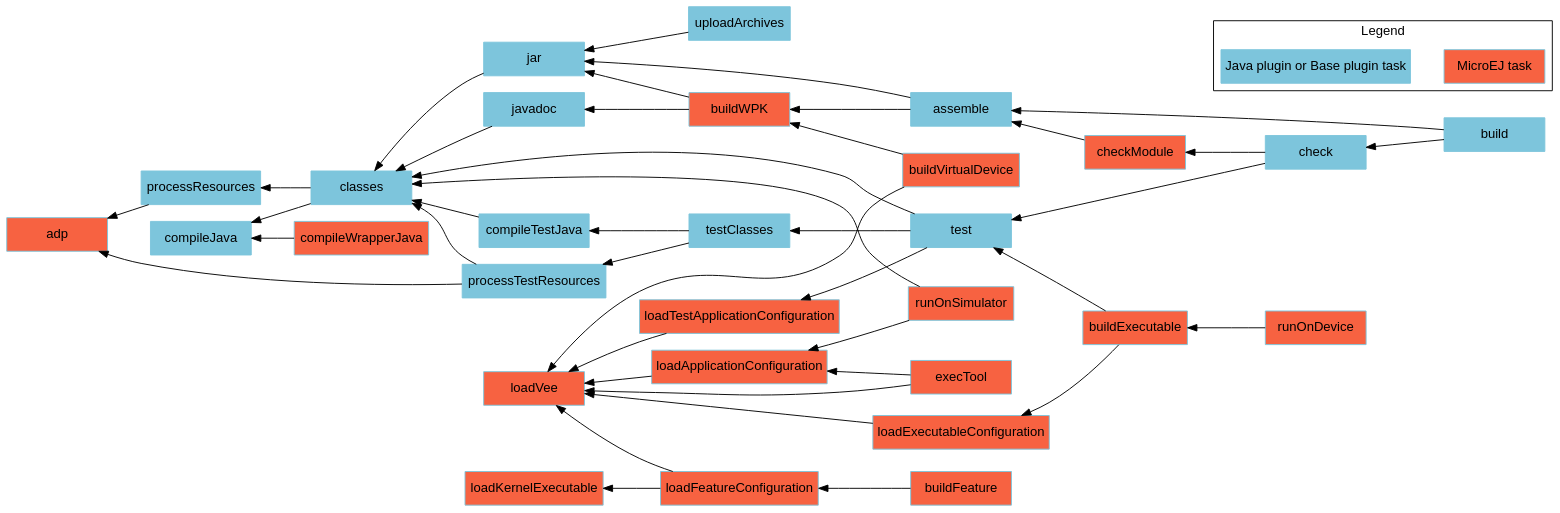
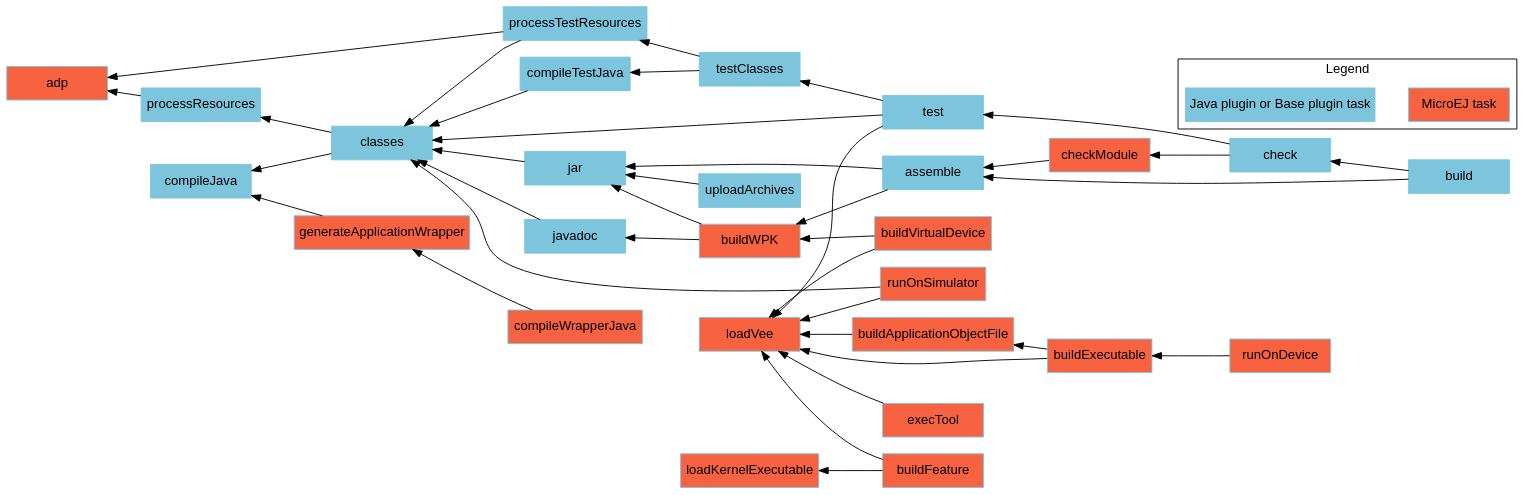
One commit to MicroEJ/docs changed the diagram in SDK6UserGuide/graphApplicationModule.dot. Above: the diagram before and after it, drawn with Graphviz. The commit also changed 241 other files, not shown here.

```diff
--- a/SDK6UserGuide/graphApplicationModule.dot
+++ b/SDK6UserGuide/graphApplicationModule.dot
@@ -1,76 +1,71 @@
 digraph mygraph {
     rankdir="RL";
     bgcolor="transparent"
     fontname="Helvetica,Arial,sans-serif"
     node [
         shape = box
         width = 1.5
         color = "#7dc5dc"
         style = filled
         fontname="Helvetica,Arial,sans-serif"
     ]
     edge [fontname="Helvetica,Arial,sans-serif"]
     "adp" [fillcolor = "#f76241"]
     "checkModule" [fillcolor = "#f76241"]
     "loadKernelExecutable" [fillcolor = "#f76241"]
     "loadVee" [fillcolor = "#f76241"]
-    "loadApplicationConfiguration" [fillcolor = "#f76241"]
-    "loadExecutableConfiguration" [fillcolor = "#f76241"] 
-    "loadFeatureConfiguration" [fillcolor = "#f76241"]
-    "loadTestApplicationConfiguration" [fillcolor = "#f76241"]
     "runOnSimulator" [fillcolor = "#f76241"]
     "buildWPK" [fillcolor = "#f76241"]
+    "buildApplicationObjectFile" [fillcolor = "#f76241"]
     "buildExecutable" [fillcolor = "#f76241"]
     "buildVirtualDevice" [fillcolor = "#f76241"]
     "buildFeature" [fillcolor = "#f76241"]
     "runOnDevice" [fillcolor = "#f76241"]
     "execTool" [fillcolor = "#f76241"]
+    "generateApplicationWrapper" [fillcolor = "#f76241"]
     "compileWrapperJava" [fillcolor = "#f76241"]
     "build" -> "check"
     "check" -> "test"
     "test" -> "classes"
     "test" -> "testClasses"
-    "test" -> "loadTestApplicationConfiguration"
+    "test" -> "loadVee"
     "testClasses" -> "compileTestJava"
     "testClasses" -> "processTestResources"
-    "loadTestApplicationConfiguration" -> "loadVee"
     "processResources" -> "adp"
     "processTestResources" -> "adp"
     "processTestResources" -> "classes"
     "compileTestJava" -> "classes"
     "javadoc" -> "classes"
     "classes" -> "compileJava"
     "classes" -> "processResources"
     "build" -> "assemble"
     "assemble" -> "jar"
     "assemble" -> "buildWPK"
     "uploadArchives" -> "jar"
     "jar" -> "classes"
     "runOnSimulator" -> "classes"
-    "runOnSimulator" -> "loadApplicationConfiguration"
-    "loadApplicationConfiguration" -> "loadVee"
+    "runOnSimulator" -> "loadVee"
     "checkModule" -> "assemble"
     "check" -> "checkModule"
     "buildWPK" -> "jar"
     "buildWPK" -> "javadoc"
-    "buildExecutable" -> "test"
-    "buildExecutable" -> "loadExecutableConfiguration"
-    "loadExecutableConfiguration" -> "loadVee"
+    "buildApplicationObjectFile" -> "loadVee"
+    "buildExecutable" -> "buildApplicationObjectFile"
+    "buildExecutable" -> "loadVee"
     "buildVirtualDevice" -> "loadVee"
     "buildVirtualDevice" -> "buildWPK"
-    "buildFeature" -> "loadFeatureConfiguration"
-    "loadFeatureConfiguration" -> "loadKernelExecutable"
-    "loadFeatureConfiguration" -> "loadVee"
+    "buildFeature" -> "loadVee"
+    "buildFeature" -> "loadKernelExecutable"
     "runOnDevice" -> "buildExecutable"
-    "execTool" -> "loadApplicationConfiguration"
     "execTool" -> "loadVee"
-    "compileWrapperJava" -> "compileJava"
+    "generateApplicationWrapper" -> "compileJava"
+    "compileWrapperJava" -> "generateApplicationWrapper"
     
     subgraph cluster_legend {
         label="Legend";
         microej [fillcolor="#f76241" label="MicroEJ task"];
         java [fillcolor="#7dc5dc" label="Java plugin or Base plugin task"];
         microej -> java [style=invis];
         java -> microej [style=invis];
     }
 }
```
